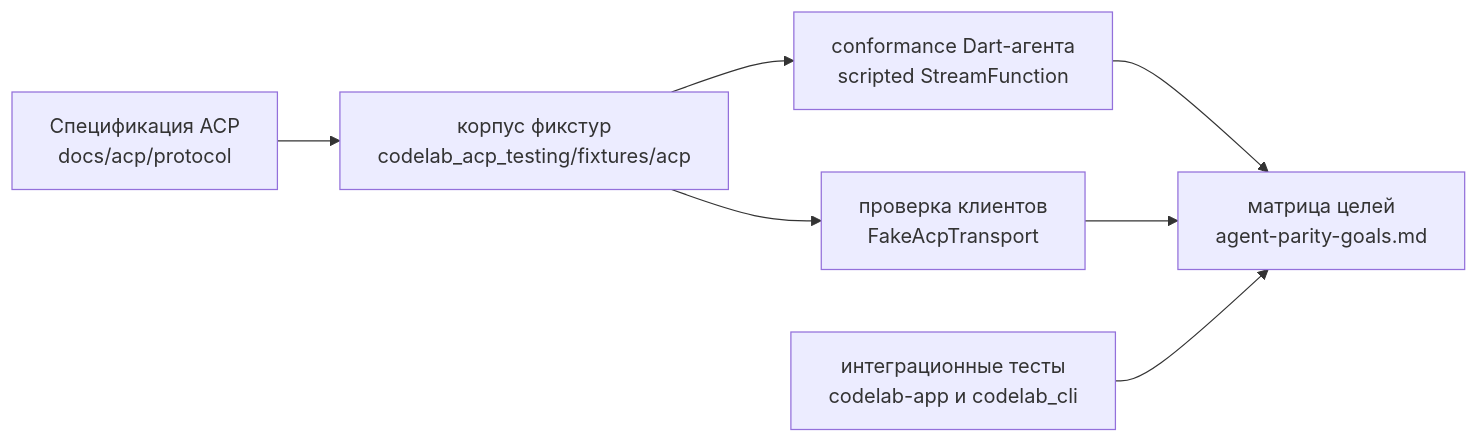
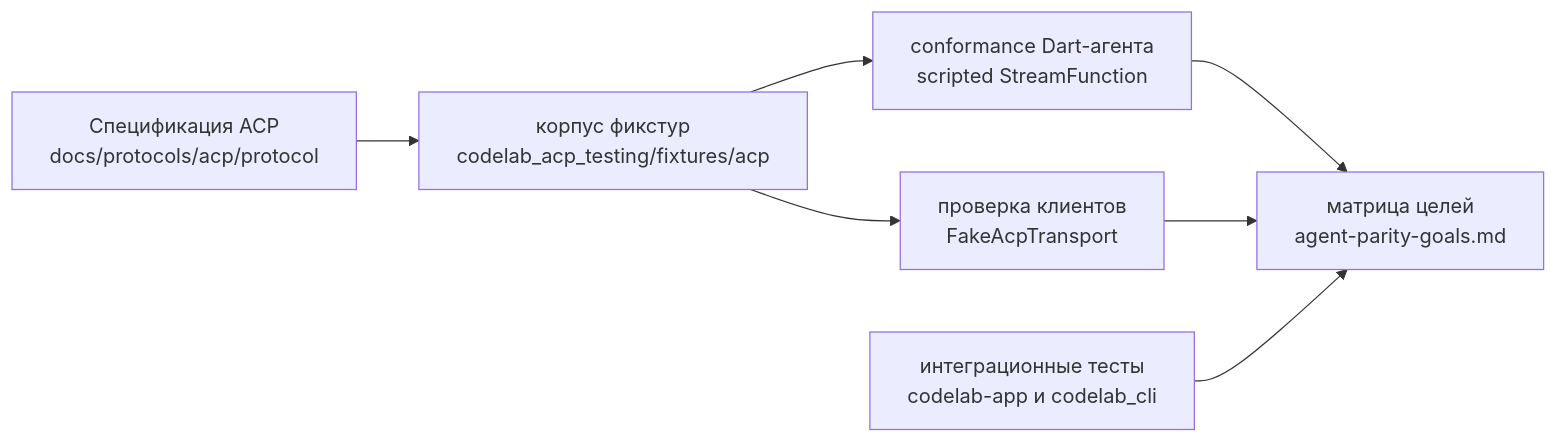
One commit to pese-git/codelab-app changed the second of 2 diagrams in docs/architecture/proposals/dart-agent-and-clients/09-00-migration-plan.md. Above: the diagram before and after it, drawn with Mermaid. The commit also changed 149 other files, not shown here.

First line of the commit message:
docs: перенести референс ACP в docs/protocols, добавить A2A, MCP и Agent Skills

````diff
--- a/docs/architecture/proposals/dart-agent-and-clients/09-00-migration-plan.md
+++ b/docs/architecture/proposals/dart-agent-and-clients/09-00-migration-plan.md
@@ -164,9 +164,9 @@
 ```mermaid
 flowchart LR
-    SPEC["Спецификация ACP<br/>docs/acp/protocol"] --> FX["корпус фикстур<br/>codelab_acp_testing/fixtures/acp"]
+    SPEC["Спецификация ACP<br/>docs/protocols/acp/protocol"] --> FX["корпус фикстур<br/>codelab_acp_testing/fixtures/acp"]
     FX --> AG["conformance Dart-агента<br/>scripted StreamFunction"]
     FX --> CL["проверка клиентов<br/>FakeAcpTransport"]
     AG --> M["матрица целей<br/>agent-parity-goals.md"]
     CL --> M
     IT["интеграционные тесты<br/>codelab-app и codelab_cli"] --> M
 ```
````
